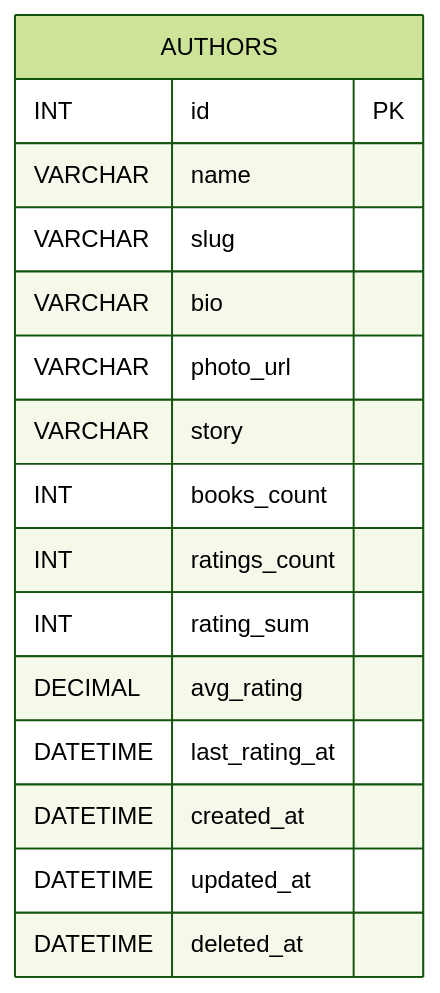
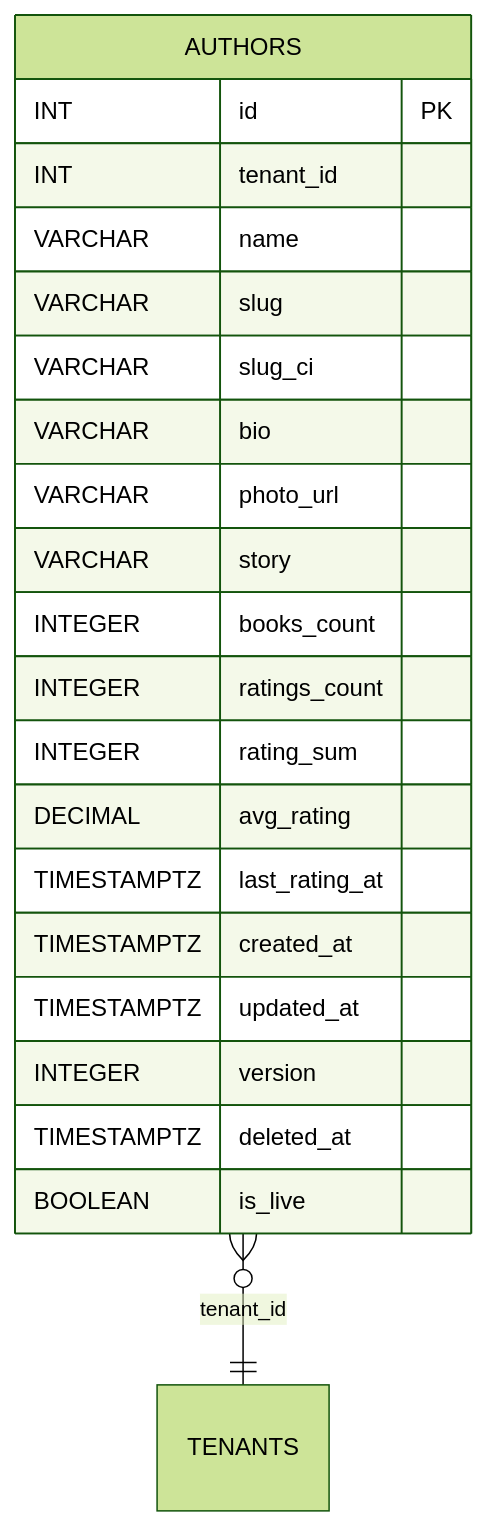
The diagram in README.md (blackcatdatabase/table-authors), drawn with Mermaid (forest theme) before and after one commit. The commit also changed other lines of this file and 26 other files, not shown here.

First line of the commit message:
Regen schema (#1)

````diff
--- a/README.md
+++ b/README.md
@@ -57,19 +67,24 @@
 ```mermaid
 erDiagram
   AUTHORS {
     INT id PK
+    INT tenant_id
     VARCHAR name
     VARCHAR slug
+    VARCHAR slug_ci
     VARCHAR bio
     VARCHAR photo_url
     VARCHAR story
-    INT books_count
-    INT ratings_count
-    INT rating_sum
+    INTEGER books_count
+    INTEGER ratings_count
+    INTEGER rating_sum
     DECIMAL avg_rating
-    DATETIME last_rating_at
-    DATETIME created_at
-    DATETIME updated_at
-    DATETIME deleted_at
+    TIMESTAMPTZ last_rating_at
+    TIMESTAMPTZ created_at
+    TIMESTAMPTZ updated_at
+    INTEGER version
+    TIMESTAMPTZ deleted_at
+    BOOLEAN is_live
   }
+  AUTHORS }o--|| TENANTS : "tenant_id"
 ```
````
